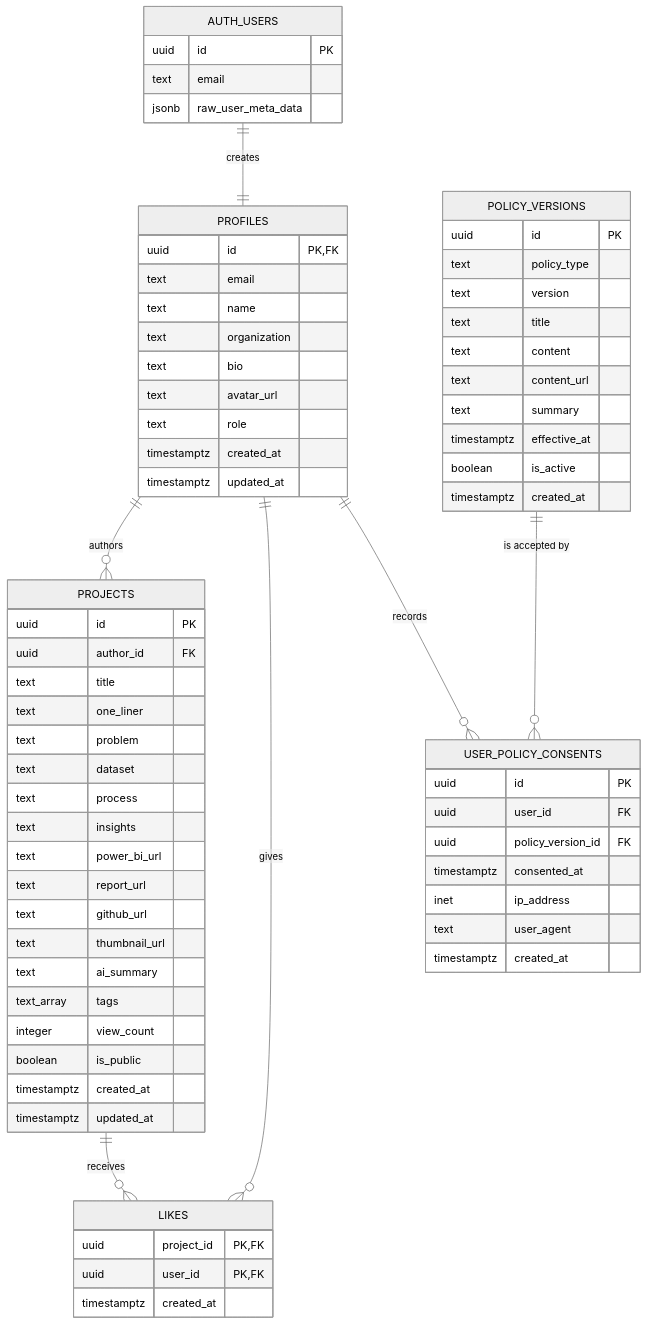
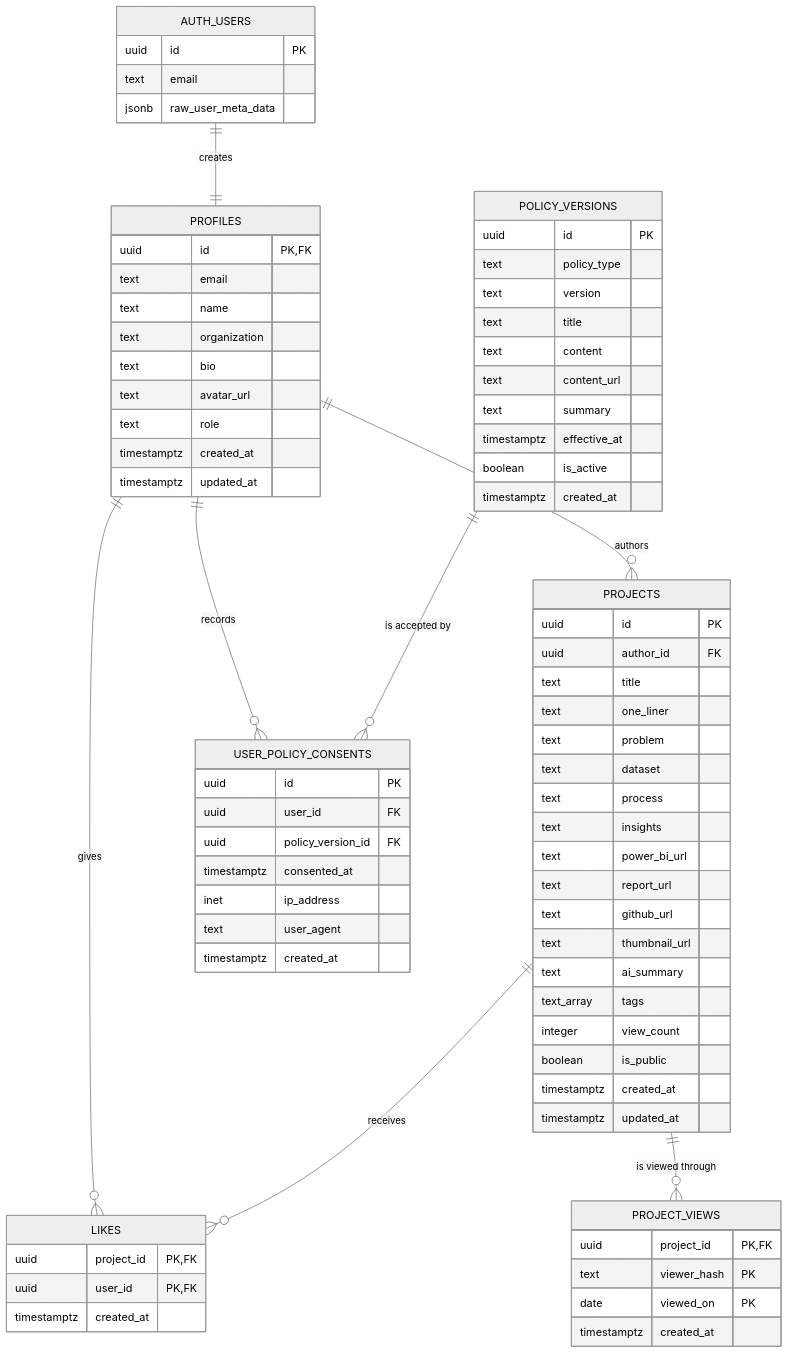
One commit to Snowball-Impact/folio changed the first of 3 diagrams in docs/DATA_MODEL.md. Above: the diagram before and after it, drawn with Mermaid (neutral theme). The commit also changed other lines of this file and 15 other files, not shown here.

```diff
--- a/docs/DATA_MODEL.md
+++ b/docs/DATA_MODEL.md
@@ -10,6 +10,7 @@
     PROFILES ||--o{ PROJECTS : "authors"
     PROFILES ||--o{ LIKES : "gives"
     PROJECTS ||--o{ LIKES : "receives"
+    PROJECTS ||--o{ PROJECT_VIEWS : "is viewed through"
     PROFILES ||--o{ USER_POLICY_CONSENTS : "records"
     POLICY_VERSIONS ||--o{ USER_POLICY_CONSENTS : "is accepted by"
 
@@ -58,6 +59,13 @@
         timestamptz created_at
     }
 
+    PROJECT_VIEWS {
+        uuid project_id PK,FK
+        text viewer_hash PK
+        date viewed_on PK
+        timestamptz created_at
+    }
+
     POLICY_VERSIONS {
         uuid id PK
         text policy_type
```
